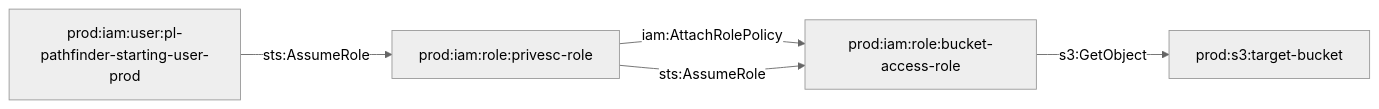
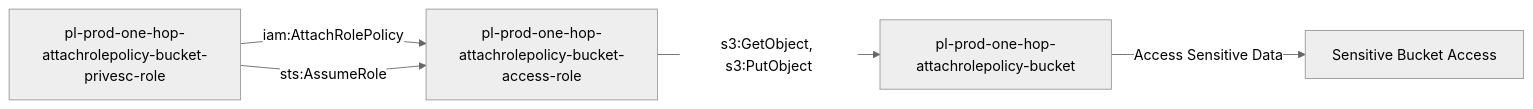
One commit to DataDog/pathfinding-labs changed the diagram in modules/scenarios/prod/one-hop/to-bucket/iam-attachrolepolicy/README.md. Above: the diagram before and after it, drawn with Mermaid (neutral theme). The commit also changed other lines of this file and 149 other files, not shown here.

````diff
--- a/modules/scenarios/prod/one-hop/to-bucket/iam-attachrolepolicy/README.md
+++ b/modules/scenarios/prod/one-hop/to-bucket/iam-attachrolepolicy/README.md
@@ -13,7 +22,7 @@
 ```mermaid
 graph LR
-    A[prod:iam:user:pl-pathfinder-starting-user-prod] -->|sts:AssumeRole| B[prod:iam:role:privesc-role]
-    B -->|iam:AttachRolePolicy| C[prod:iam:role:bucket-access-role]
-    B -->|sts:AssumeRole| C
-    C -->|s3:GetObject| D[prod:s3:target-bucket]
+    A[pl-prod-one-hop-attachrolepolicy-bucket-privesc-role] -->|iam:AttachRolePolicy| B[pl-prod-one-hop-attachrolepolicy-bucket-access-role]
+    A -->|sts:AssumeRole| B
+    B -->|s3:GetObject, s3:PutObject| C[pl-prod-one-hop-attachrolepolicy-bucket]
+    C -->|Access Sensitive Data| D[Sensitive Bucket Access]
 ```
````
